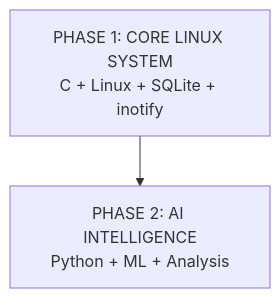
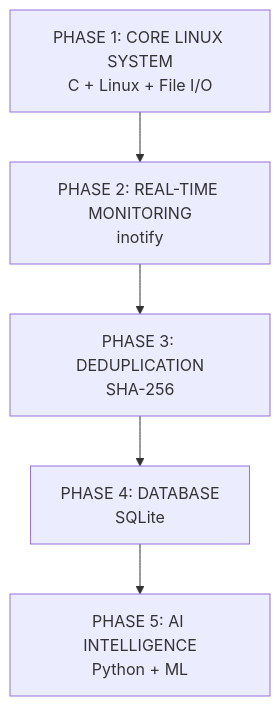
The first of 13 diagrams in README.md (khushi10-coder/OS-PROJECT), drawn with Mermaid before and after one commit. The commit also changed other lines of this file, not shown here.

````diff
--- a/README.md
+++ b/README.md
@@ -25,5 +29,11 @@
 ```mermaid
 flowchart TD
-    A["PHASE 1: CORE LINUX SYSTEM<br/>C + Linux + SQLite + inotify"]
-    --> B["PHASE 2: AI INTELLIGENCE<br/>Python + ML + Analysis"]
+    A["PHASE 1: CORE LINUX SYSTEM<br/>C + Linux + File I/O"]
+    --> B["PHASE 2: REAL-TIME MONITORING<br/>inotify"]
+
+    B --> C["PHASE 3: DEDUPLICATION<br/>SHA-256"]
+
+    C --> D["PHASE 4: DATABASE<br/>SQLite"]
+
+    D --> E["PHASE 5: AI INTELLIGENCE<br/>Python + ML"]
 ```
````
